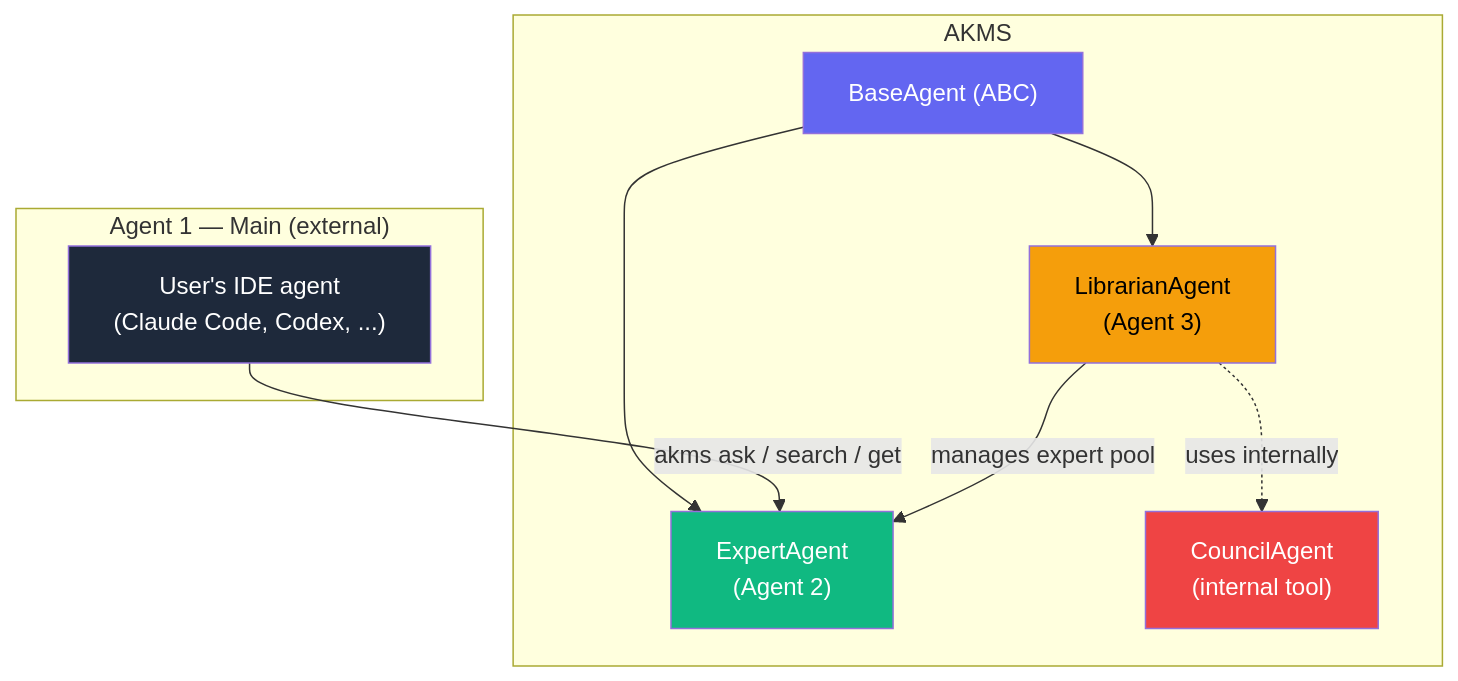
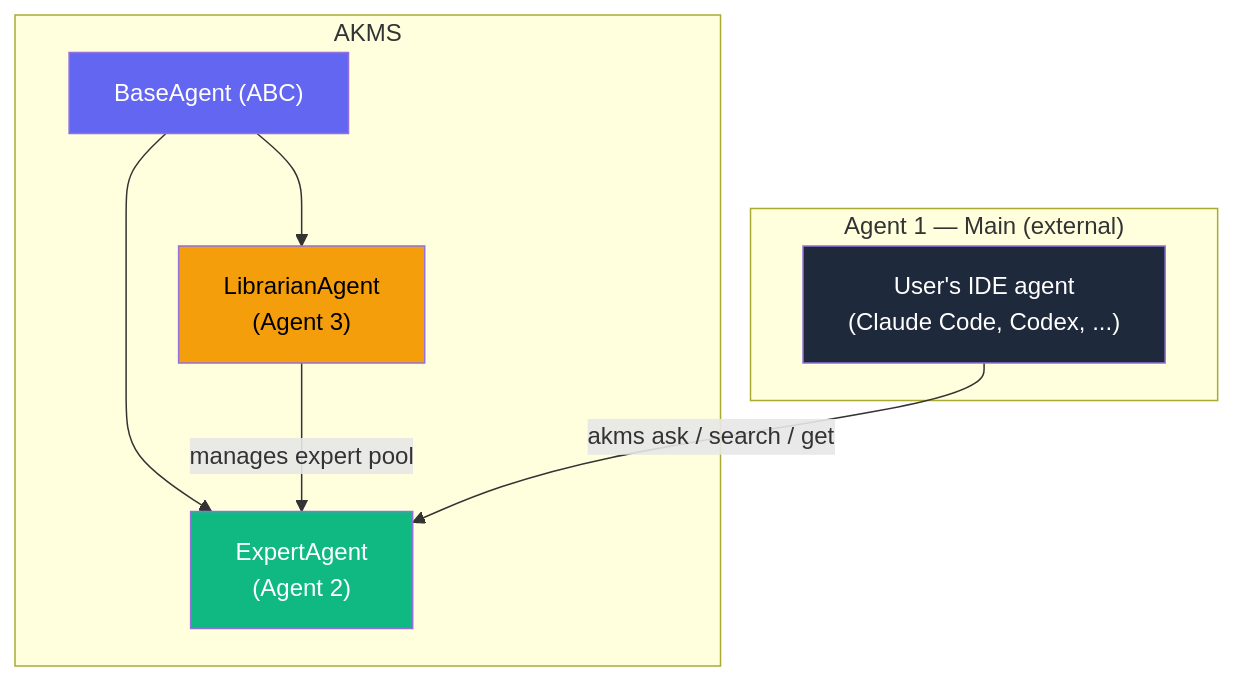
Before and after one commit to TheRealOP/Agent-Knowledge-Management-System: the seventh of 17 diagrams in how-this-works.md, drawn with Mermaid. The commit also changed other lines of this file and 5 other files, not shown here.

````diff
--- a/how-this-works.md
+++ b/how-this-works.md
@@ -361,26 +356,23 @@
 ```mermaid
 graph TB
     subgraph "Agent 1 — Main (external)"
         IDE["User's IDE agent\n(Claude Code, Codex, ...)"]
     end
 
     subgraph AKMS
         Base["BaseAgent (ABC)"]
         Exp["ExpertAgent\n(Agent 2)"]
         Lib["LibrarianAgent\n(Agent 3)"]
-        Coun["CouncilAgent\n(internal tool)"]
 
         Base --> Exp
         Base --> Lib
-        Lib -.->|"uses internally"| Coun
     end
 
     IDE -->|"akms ask / search / get"| Exp
     Lib -->|"manages expert pool"| Exp
 
     style IDE fill:#1e293b,color:#fff
     style Base fill:#6366f1,color:#fff
     style Exp fill:#10b981,color:#fff
     style Lib fill:#f59e0b,color:#000
-    style Coun fill:#ef4444,color:#fff
 ```
````
